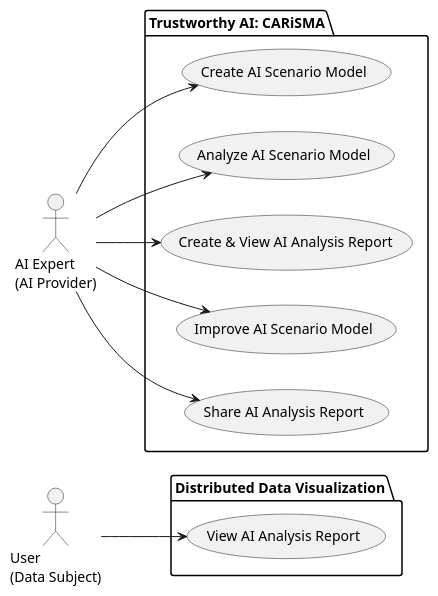
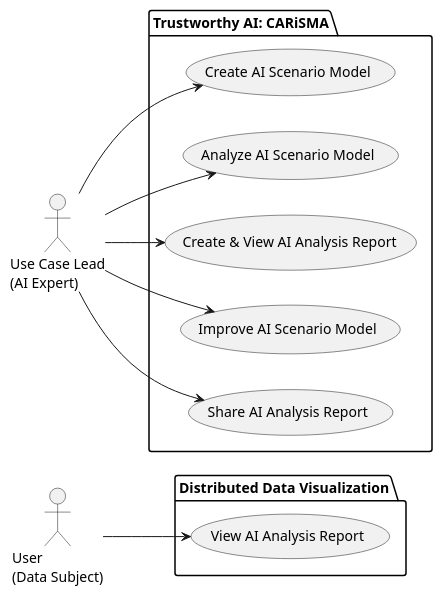
Before and after one commit to Prometheus-X-association/t-ai-carisma: the diagram in docs/carisma/images/use-cases.plantuml, drawn with PlantUML. The commit also changed 1 other file, not shown here.

Commit message:
Changes from "AI Expert (AI Provider)" -> "Use Case Lead (AI Expert)" in PlantUML diagrams

```diff
--- a/docs/carisma/images/use-cases.plantuml
+++ b/docs/carisma/images/use-cases.plantuml
@@ -1,25 +1,25 @@
 @startuml
 left to right direction
 
 actor u as "User\n(Data Subject)"
-actor a as "AI Expert\n(AI Provider)"
+actor a as "Use Case Lead\n(AI Expert)"
 
 package "Trustworthy AI: CARiSMA" {
 	usecase UcCreate as "Create AI Scenario Model"
 	usecase UcAnalyze as "Analyze AI Scenario Model"
 	usecase UcView as "Create & View AI Analysis Report"
 	usecase UcImprove as "Improve AI Scenario Model"
 	usecase UcShare as "Share AI Analysis Report"
 }
 package "Distributed Data Visualization" {
 	usecase UcDdView as "View AI Analysis Report"
 }
 
 a --> UcCreate
 a --> UcAnalyze
 a --> UcView
 a --> UcImprove
 a --> UcShare
 u --> UcDdView
 
 @enduml
```
